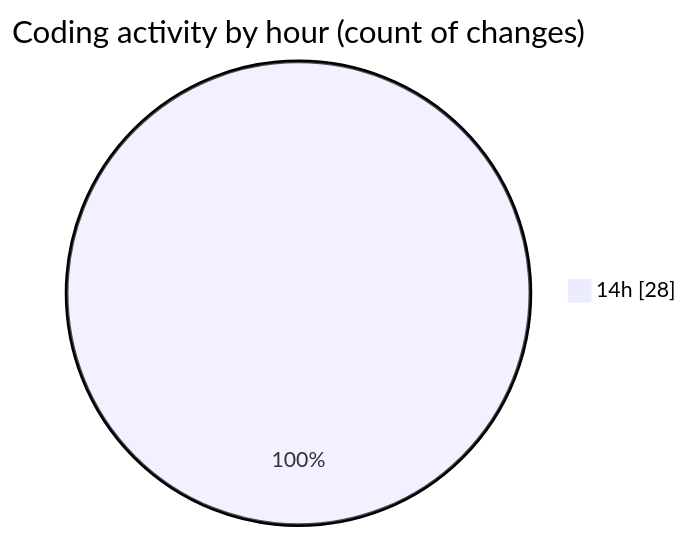
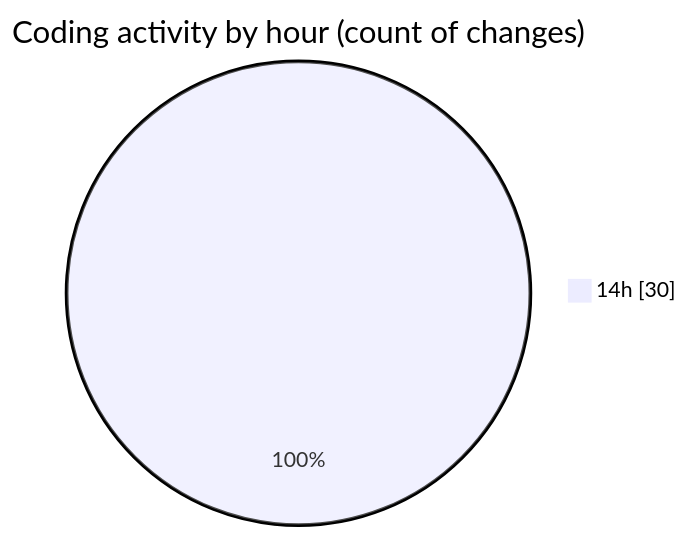
One commit to Ritupan-Deka/code-tracking changed the second of 2 diagrams in 2025-05-03/projects/README.md. Above: the diagram before and after it, drawn with Mermaid. The commit also changed other lines of this file and 1 other file, not shown here.

````diff
--- a/2025-05-03/projects/README.md
+++ b/2025-05-03/projects/README.md
@@ -43,5 +43,5 @@
 ```mermaid
 pie showData
 title Coding activity by hour (count of changes)
-"14h" : 28
+"14h" : 30
 ```
````
